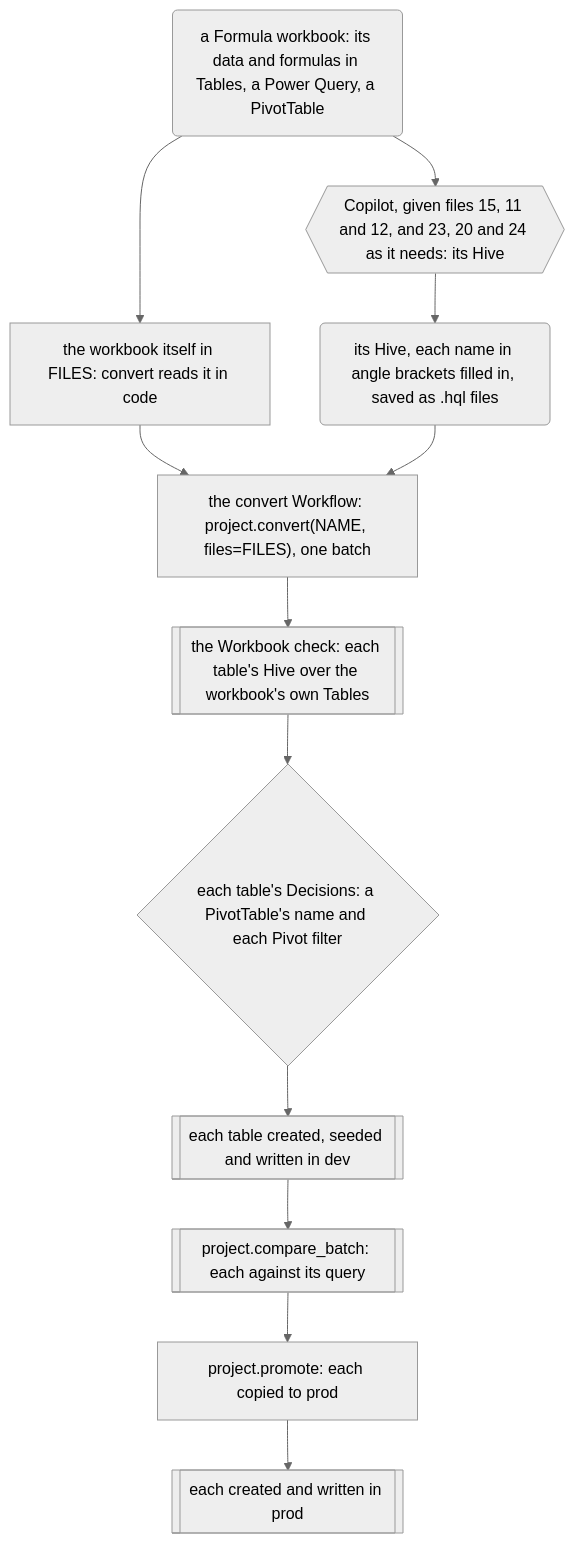
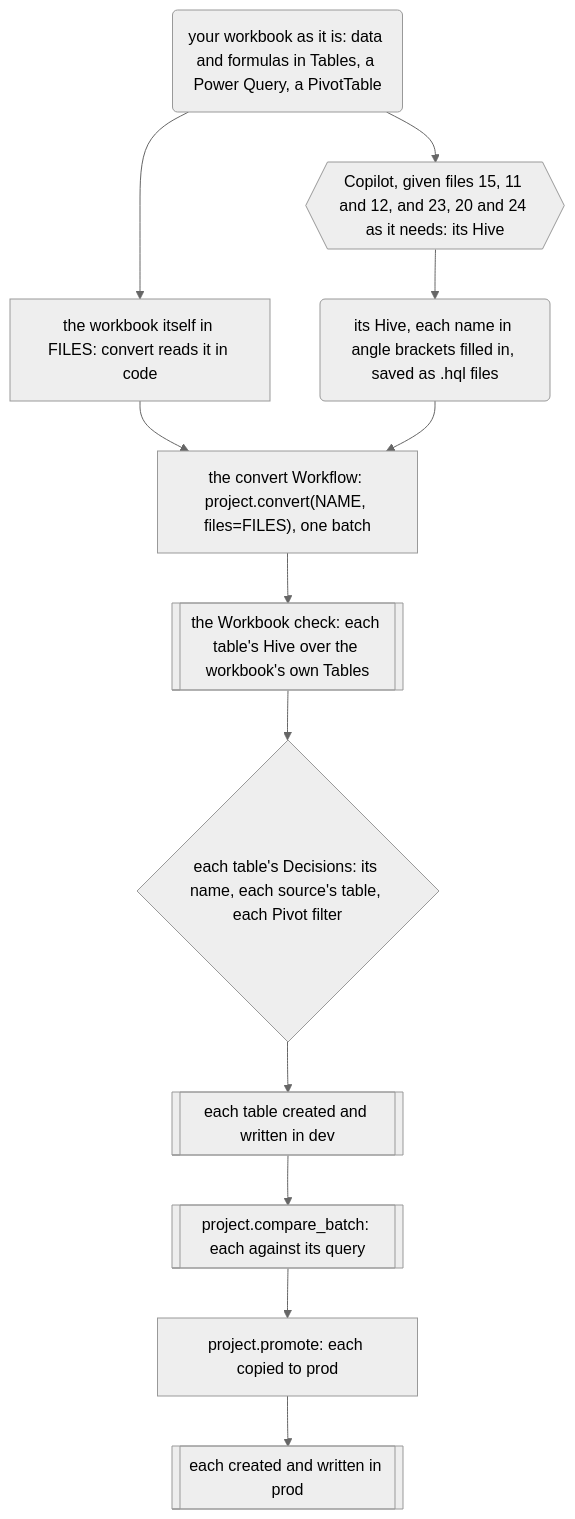
One commit to EdgyPage/SQL-Composer changed the ninth of 9 diagrams in docs/clean-branch-readme.md. Above: the diagram before and after it, drawn with Mermaid (neutral theme). The commit also changed other lines of this file and 19 other files, not shown here.

First line of the commit message:
feat(8.9): every source Table's warehouse table a Decision, and how-to 33 as a beginner reads it (toolbox-8-9 ticket 20)

````diff
--- a/docs/clean-branch-readme.md
+++ b/docs/clean-branch-readme.md
@@ -1735,17 +1735,17 @@
 ```mermaid
 flowchart TD
-    workbook("a Formula workbook: its data and formulas in Tables, a Power Query, a PivotTable")
+    workbook("your workbook as it is: data and formulas in Tables, a Power Query, a PivotTable")
     code["the workbook itself in FILES: convert reads it in code"]
     copilot{{"Copilot, given files 15, 11 and 12, and 23, 20 and 24 as it needs: its Hive"}}
     scripts("its Hive, each name in angle brackets filled in, saved as .hql files")
     convert["the convert Workflow: project.convert(NAME, files=FILES), one batch"]
     check[["the Workbook check: each table's Hive over the workbook's own Tables"]]
-    decisions{"each table's Decisions: a PivotTable's name and each Pivot filter"}
-    dev[["each table created, seeded and written in dev"]]
+    decisions{"each table's Decisions: its name, each source's table, each Pivot filter"}
+    dev[["each table created and written in dev"]]
     compare[["project.compare_batch: each against its query"]]
     promote["project.promote: each copied to prod"]
     prod[["each created and written in prod"]]
     workbook --> code --> convert
     workbook --> copilot --> scripts --> convert
     convert --> check --> decisions --> dev --> compare --> promote --> prod
 ```
````
